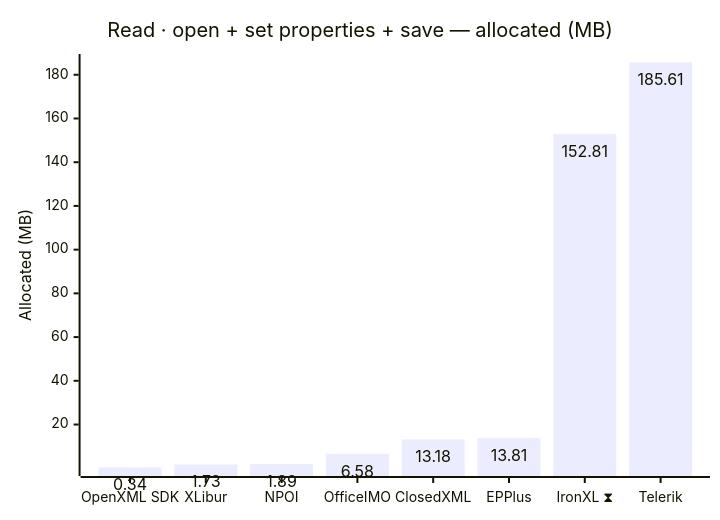
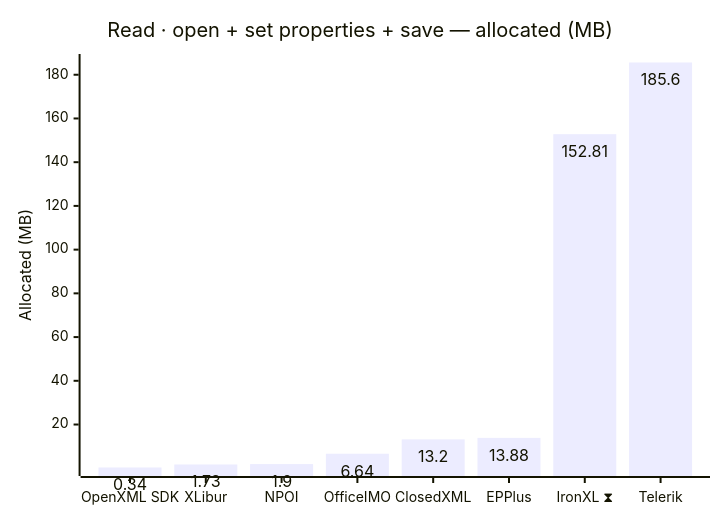
One commit to jafin/XLBench changed the second of 12 diagrams in docs/results.md. Above: the diagram before and after it, drawn with Mermaid. The commit also changed other lines of this file and 4 other files, not shown here.

````diff
--- a/docs/results.md
+++ b/docs/results.md
@@ -55,12 +55,12 @@
 ```mermaid
 ---
 config:
   xyChart:
     showDataLabel: true
 ---
 xychart-beta
     title "Read · open + set properties + save — allocated (MB)"
     x-axis ["OpenXML SDK", "XLibur", "NPOI", "OfficeIMO", "ClosedXML", "EPPlus", "IronXL ⧗", "Telerik"]
     y-axis "Allocated (MB)"
-    bar [0.34, 1.73, 1.89, 6.58, 13.18, 13.81, 152.81, 185.61]
+    bar [0.34, 1.73, 1.9, 6.64, 13.2, 13.88, 152.81, 185.6]
 ```
````
